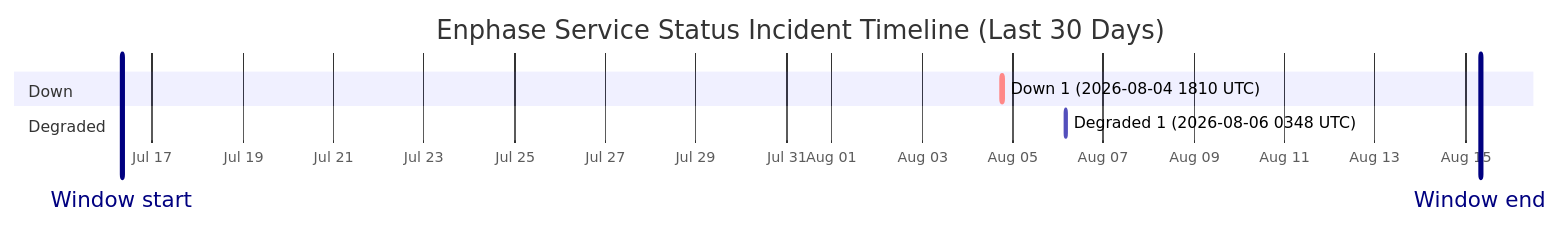
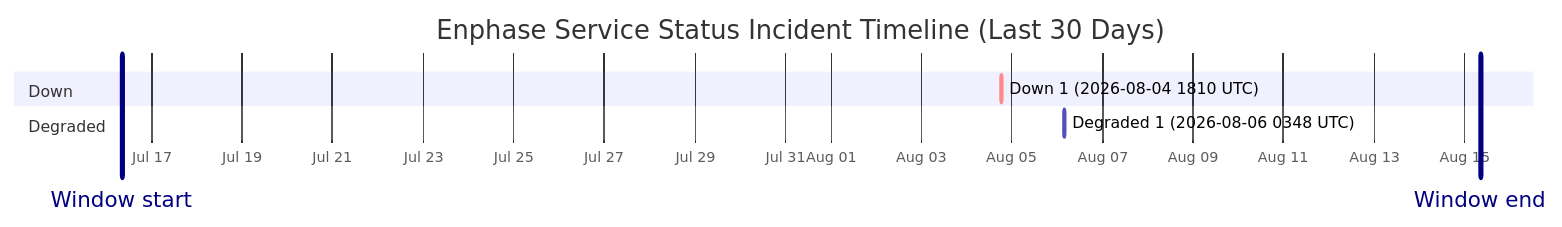
Before and after one commit to barneyonline/ha-enphase-energy: the diagram in wiki/Service-Status-History.md, drawn with Mermaid. The commit also changed other lines of this file and 3 other files, not shown here.

````diff
--- a/wiki/Service-Status-History.md
+++ b/wiki/Service-Status-History.md
@@ -14,12 +14,12 @@
 ```mermaid
 gantt
     title Enphase Service Status Incident Timeline (Last 30 Days)
     dateFormat  YYYY-MM-DDTHH:mm:ss
     axisFormat  %b %d
-    Window start :vert, window-start, 2026-07-16T07:54:24, 0ms
-    Window end :vert, window-end, 2026-08-15T07:54:24, 0ms
+    Window start :vert, window-start, 2026-07-16T08:25:51, 0ms
+    Window end :vert, window-end, 2026-08-15T08:25:51, 0ms
     section Down
     Down 1 (2026-08-04 1810 UTC) :crit, down-1, 2026-08-04T18:10:46, 60m
     section Degraded
     Degraded 1 (2026-08-06 0348 UTC) :active, degraded-1, 2026-08-06T03:48:14, 60m
 ```
````
